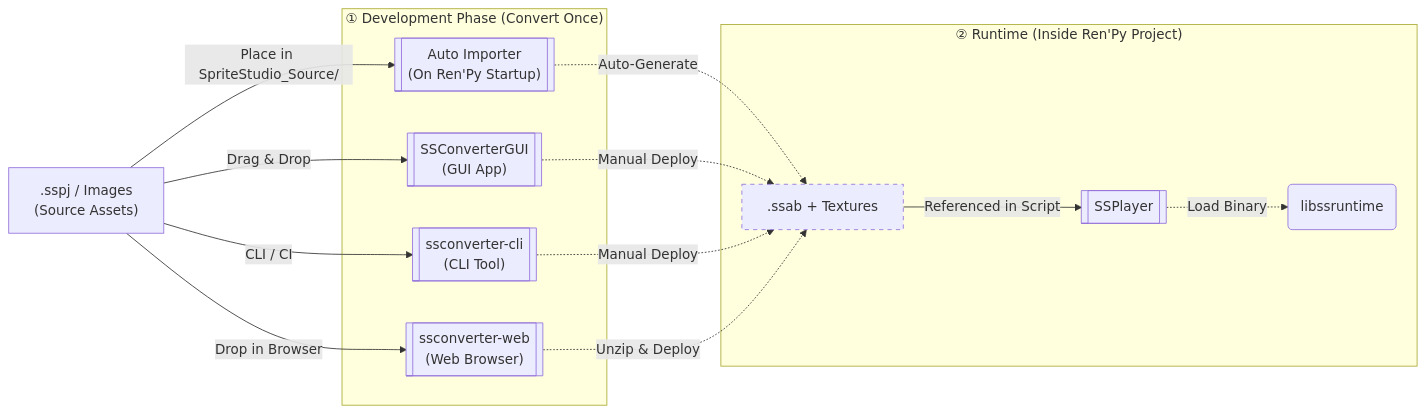
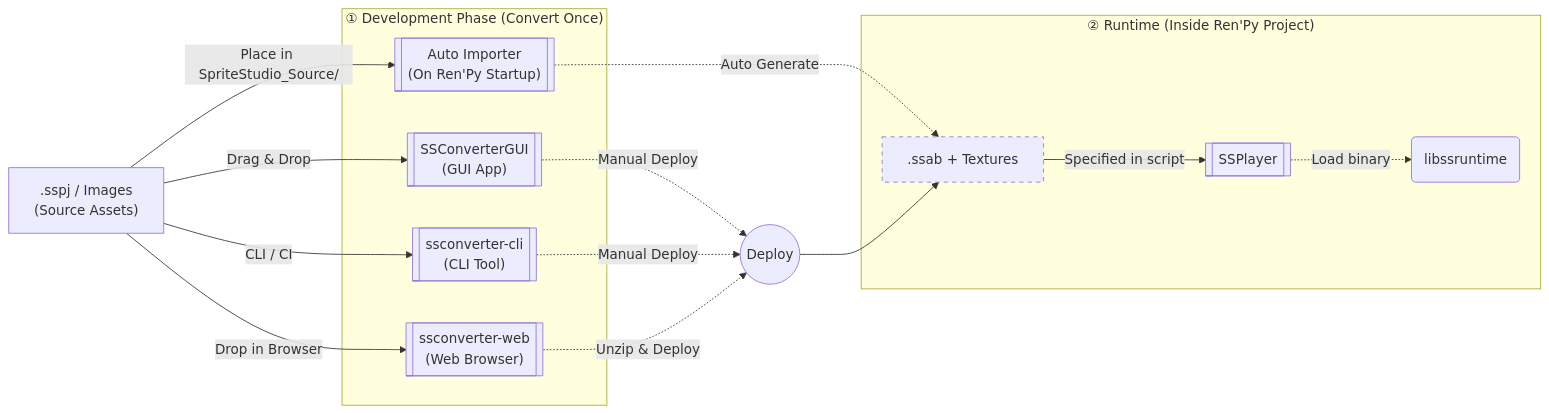
The diagram in docs/import.md (cri-middleware/SSPlayerForRenPy), drawn with Mermaid before and after one commit. The commit also changed 1 other file, not shown here.

Commit message:
docs: correct auto-importer diagram flow to point directly to ssab

````diff
--- a/docs/import.md
+++ b/docs/import.md
@@ -7,32 +7,36 @@
 ```mermaid
 graph LR
     SS[" .sspj / Images<br>(Source Assets) "]
 
     subgraph Convert ["① Development Phase (Convert Once)"]
         AUTO[[" Auto Importer<br>(On Ren'Py Startup) "]]
         GUI[[" SSConverterGUI<br>(GUI App) "]]
         CLI[[" ssconverter-cli<br>(CLI Tool) "]]
         WEB[[" ssconverter-web<br>(Web Browser) "]]
     end
 
+    DEPLOY(("Deploy"))
+
     subgraph RenPy ["② Runtime (Inside Ren'Py Project)"]
         BIN[" .ssab + Textures "]
         NODE[[ SSPlayer ]]
         RT(" libssruntime ")
     end
 
     SS -- "Place in SpriteStudio_Source/" --> AUTO
     SS -- "Drag & Drop" --> GUI
     SS -- "CLI / CI" --> CLI
     SS -- "Drop in Browser" --> WEB
-    AUTO -. "Auto-Generate" .-> BIN
-    GUI -. "Manual Deploy" .-> BIN
-    CLI -. "Manual Deploy" .-> BIN
-    WEB -. "Unzip & Deploy" .-> BIN
     
-    BIN -- "Referenced in Script" --> NODE
-    NODE -. "Load Binary" .-> RT
+    AUTO -. "Auto Generate" .-> BIN
+    GUI -. "Manual Deploy" .-> DEPLOY
+    CLI -. "Manual Deploy" .-> DEPLOY
+    WEB -. "Unzip & Deploy" .-> DEPLOY
+    
+    DEPLOY --> BIN
+    BIN -- "Specified in script" --> NODE
+    NODE -. "Load binary" .-> RT
 
     classDef generated stroke-dasharray: 5 5;
     class BIN generated;
 ```
````
